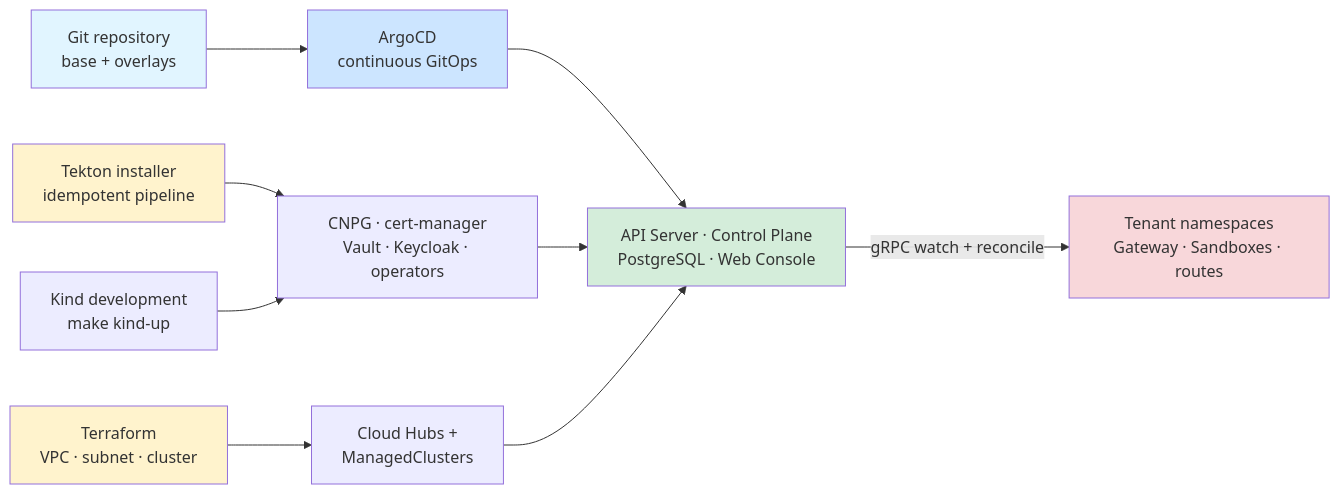
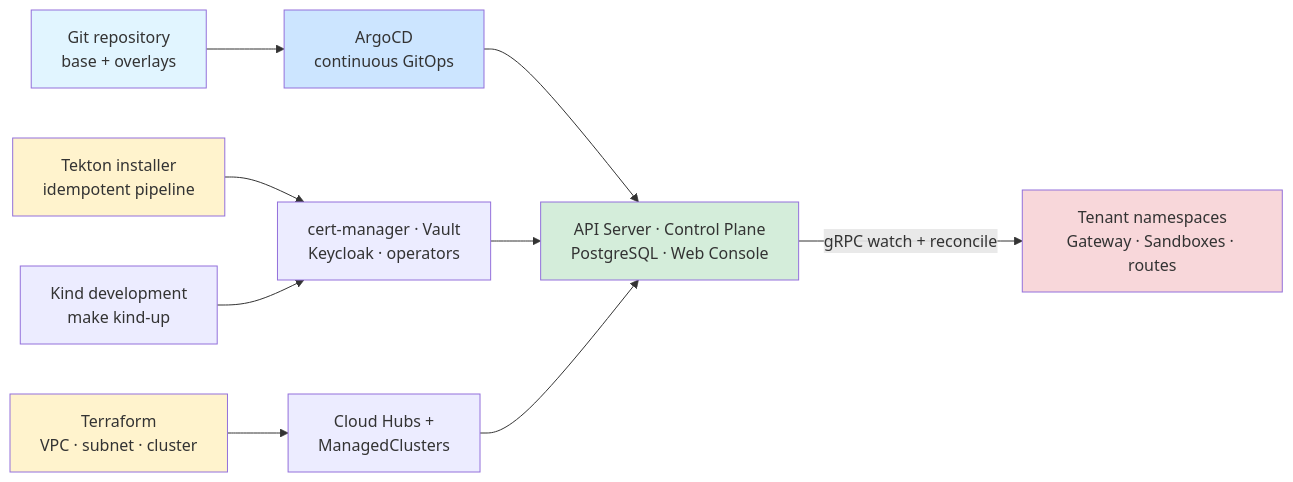
The diagram in docs/architecture/source/delivery.md (jonmosco/hypershell), drawn with Mermaid before and after one commit. The commit also changed 148 other files, not shown here.

````diff
--- a/docs/architecture/source/delivery.md
+++ b/docs/architecture/source/delivery.md
@@ -9,17 +9,17 @@
 ```mermaid
 graph LR
   GIT[Git repository<br/>base + overlays] --> ARGO[ArgoCD<br/>continuous GitOps]
   TF[Terraform<br/>VPC · subnet · cluster] --> CLUSTERS[Cloud Hubs +<br/>ManagedClusters]
-  TEKTON[Tekton installer<br/>idempotent pipeline] --> PREREQ[CNPG · cert-manager<br/>Vault · Keycloak · operators]
+  TEKTON[Tekton installer<br/>idempotent pipeline] --> PREREQ[cert-manager · Vault<br/>Keycloak · operators]
   ARGO --> PLATFORM[API Server · Control Plane<br/>PostgreSQL · Web Console]
   PLATFORM -->|gRPC watch + reconcile| TENANT[Tenant namespaces<br/>Gateway · Sandboxes · routes]
   PREREQ --> PLATFORM
   CLUSTERS --> PLATFORM
   DEV[Kind development<br/>make kind-up] --> PREREQ
   style GIT fill:#e1f5ff
   style TF fill:#fff3cd
   style TEKTON fill:#fff3cd
   style ARGO fill:#cce5ff
   style PLATFORM fill:#d4edda
   style TENANT fill:#f8d7da
 ```
````
